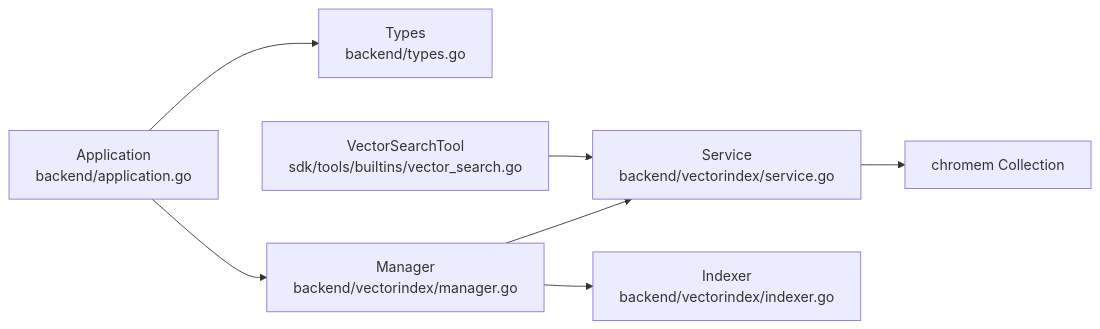
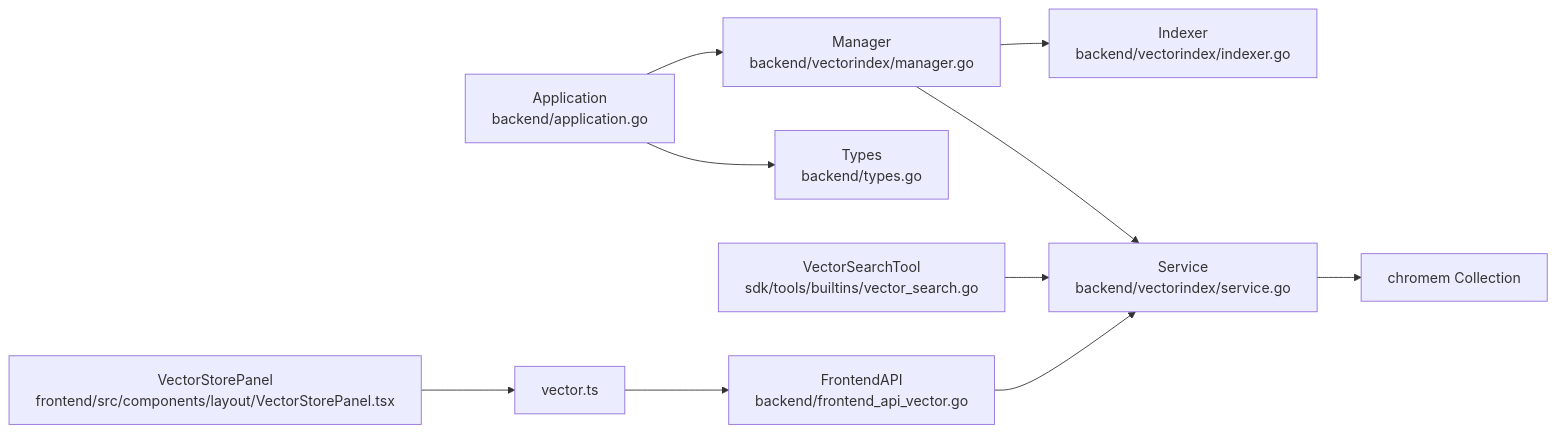
The seventh of 7 diagrams in .qoder/repowiki/en/content/API Reference/Vector Search API.md (v0lka/c0wrk), drawn with Mermaid before and after one commit. The commit also changed other lines of this file and 8 other files, not shown here.

````diff
--- a/.qoder/repowiki/en/content/API Reference/Vector Search API.md
+++ b/.qoder/repowiki/en/content/API Reference/Vector Search API.md
@@ -295,9 +449,12 @@
 ```mermaid
 graph LR
 APP["Application<br/>backend/application.go"] --> TYPES["Types<br/>backend/types.go"]
 APP --> MGR["Manager<br/>backend/vectorindex/manager.go"]
 MGR --> SVC["Service<br/>backend/vectorindex/service.go"]
 MGR --> IDX["Indexer<br/>backend/vectorindex/indexer.go"]
 SVC --> COL["chromem Collection"]
 TOOL["VectorSearchTool<br/>sdk/tools/builtins/vector_search.go"] --> SVC
+PANEL["VectorStorePanel<br/>frontend/src/components/layout/VectorStorePanel.tsx"] --> APIWRAPPER["vector.ts"]
+APIWRAPPER --> API["FrontendAPI<br/>backend/frontend_api_vector.go"]
+API --> SVC
 ```
````
